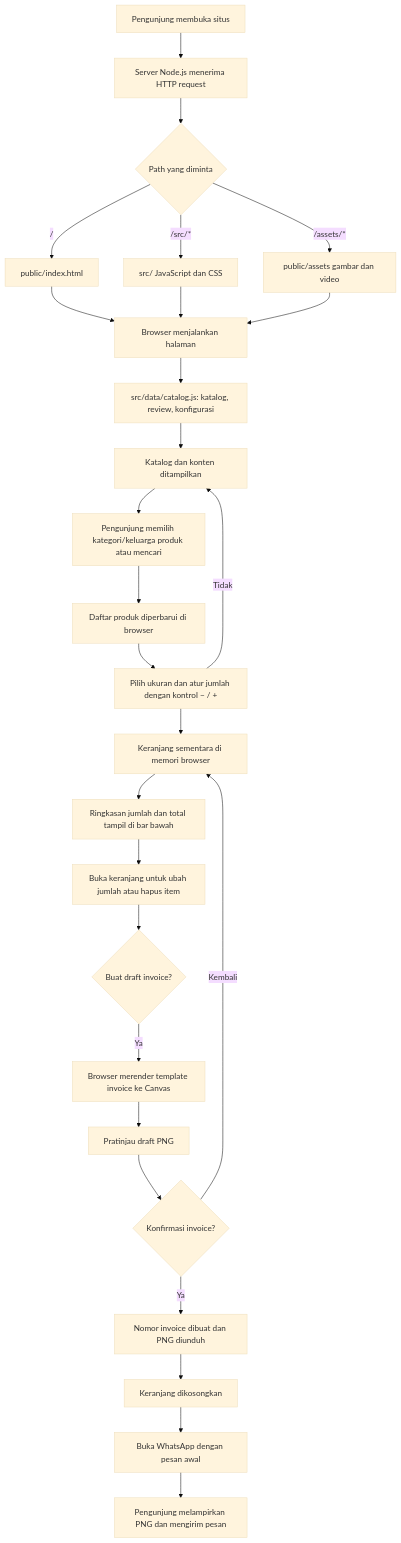
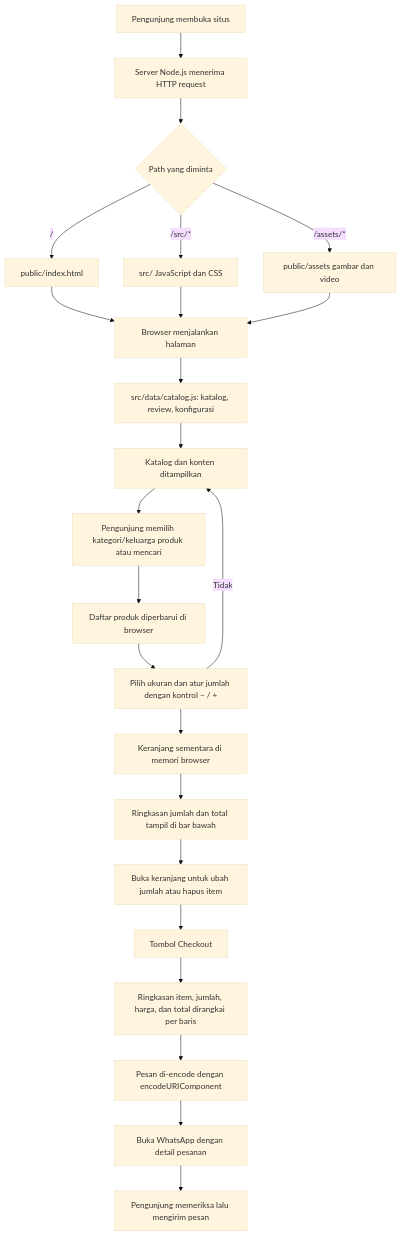
Before and after one commit to andiap92/FD-Culinary: the first of 2 diagrams in ALUR-SISTEM.md, drawn with Mermaid (base theme). The commit also changed other lines of this file and 3 other files, not shown here.

Commit message:
Replace invoice flow with WhatsApp checkout

````diff
--- a/ALUR-SISTEM.md
+++ b/ALUR-SISTEM.md
@@ -7,29 +7,25 @@
 ```mermaid
 flowchart TD
     U[Pengunjung membuka situs] --> S[Server Node.js menerima HTTP request]
     S --> R{Path yang diminta}
     R -->|/| HTML[public/index.html]
     R -->|/src/*| SRC[src/ JavaScript dan CSS]
     R -->|/assets/*| ASSET[public/assets gambar dan video]
     HTML --> B[Browser menjalankan halaman]
     SRC --> B
     ASSET --> B
     B --> DATA[src/data/catalog.js: katalog, review, konfigurasi]
     DATA --> C[Katalog dan konten ditampilkan]
     C --> F[Pengunjung memilih kategori/keluarga produk atau mencari]
     F --> P[Daftar produk diperbarui di browser]
     P --> A[Pilih ukuran dan atur jumlah dengan kontrol − / +]
     A --> CART[Keranjang sementara di memori browser]
     CART --> BAR[Ringkasan jumlah dan total tampil di bar bawah]
     BAR --> EDIT[Buka keranjang untuk ubah jumlah atau hapus item]
-    EDIT --> D{Buat draft invoice?}
-    D -->|Ya| CANVAS[Browser merender template invoice ke Canvas]
-    CANVAS --> PREVIEW[Pratinjau draft PNG]
-    PREVIEW --> CONF{Konfirmasi invoice?}
-    CONF -->|Kembali| CART
-    CONF -->|Ya| FINAL[Nomor invoice dibuat dan PNG diunduh]
-    FINAL --> CLEAR[Keranjang dikosongkan]
-    CLEAR --> WA[Buka WhatsApp dengan pesan awal]
-    WA --> SEND[Pengunjung melampirkan PNG dan mengirim pesan]
+    EDIT --> CHECKOUT[Tombol Checkout]
+    CHECKOUT --> MESSAGE[Ringkasan item, jumlah, harga, dan total dirangkai per baris]
+    MESSAGE --> ENCODE[Pesan di-encode dengan encodeURIComponent]
+    ENCODE --> WA[Buka WhatsApp dengan detail pesanan]
+    WA --> SEND[Pengunjung memeriksa lalu mengirim pesan]
     A -->|Tidak| C
 ```
````
